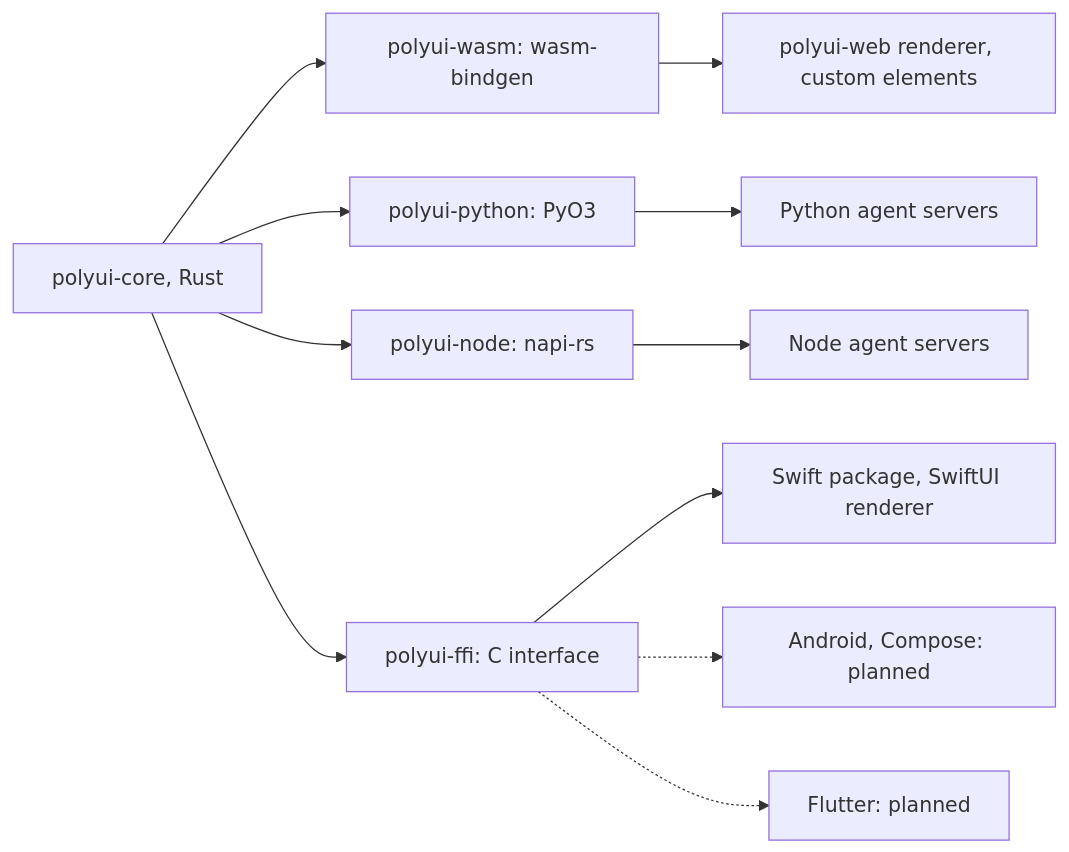
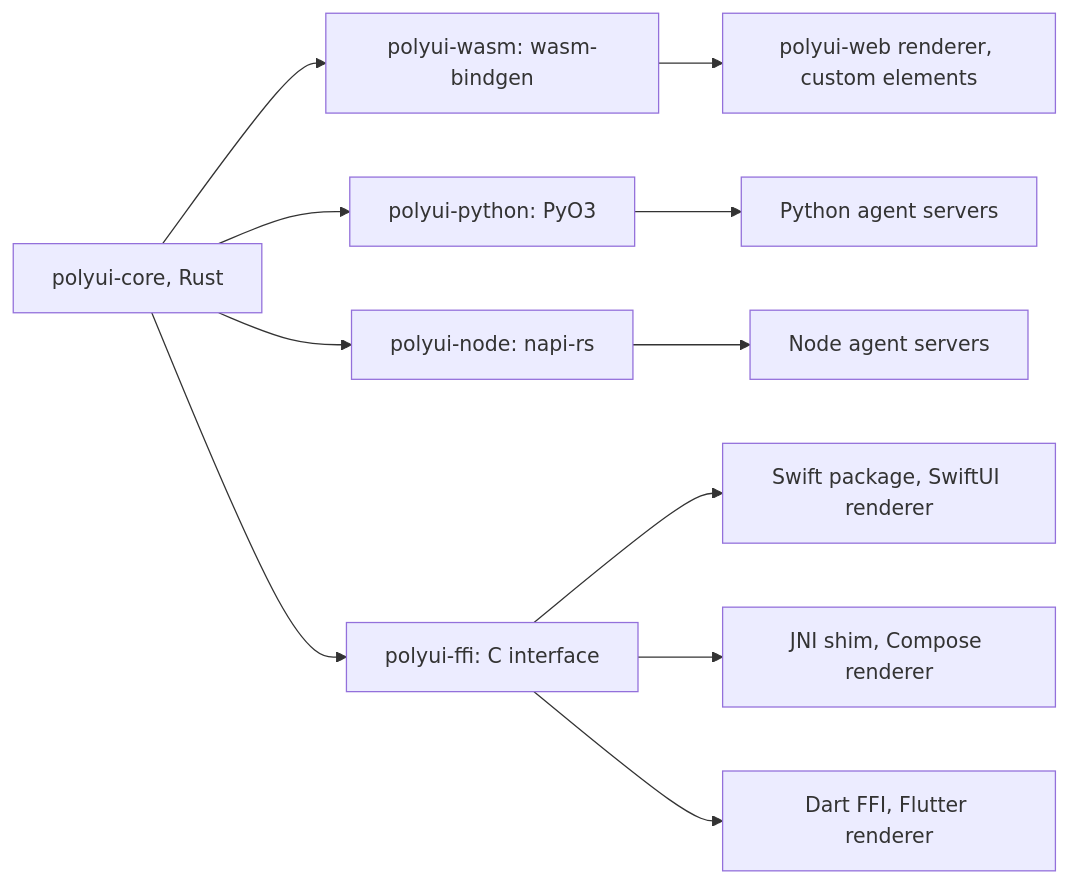
The diagram in docs/platforms.md (murtazox04/polyui), drawn with Mermaid before and after one commit. The commit also changed other lines of this file and 31 other files, not shown here.

````diff
--- a/docs/platforms.md
+++ b/docs/platforms.md
@@ -5,14 +5,14 @@
 ```mermaid
 flowchart LR
     core[polyui-core, Rust]
     core --> wasm[polyui-wasm: wasm-bindgen]
     core --> py[polyui-python: PyO3]
     core --> node[polyui-node: napi-rs]
     core --> ffi[polyui-ffi: C interface]
     wasm --> web[polyui-web renderer, custom elements]
     py --> pyhost[Python agent servers]
     node --> nodehost[Node agent servers]
     ffi --> swift[Swift package, SwiftUI renderer]
-    ffi -.-> android[Android, Compose: planned]
-    ffi -.-> flutter[Flutter: planned]
+    ffi --> android[JNI shim, Compose renderer]
+    ffi --> flutter[Dart FFI, Flutter renderer]
 ```
````
